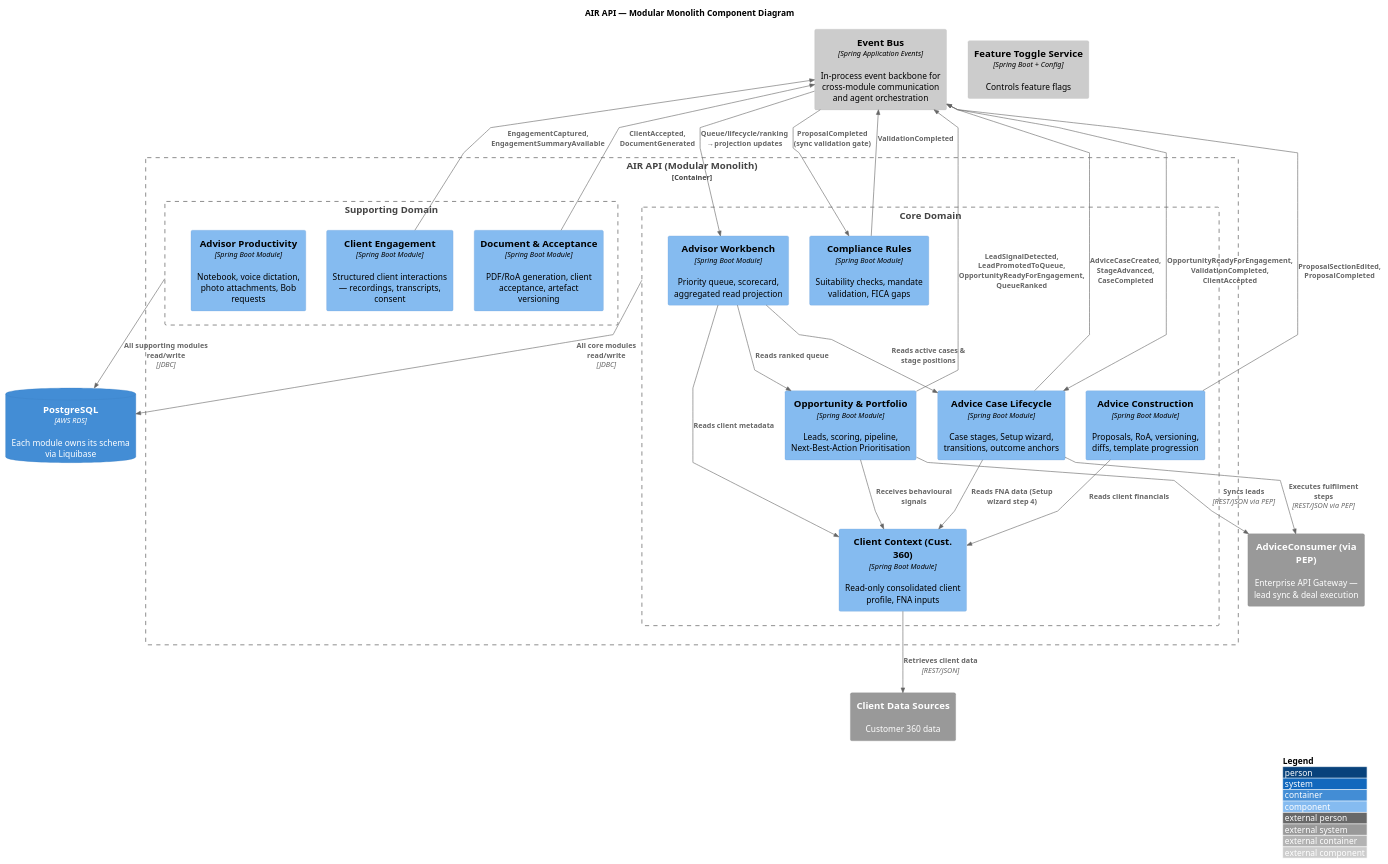
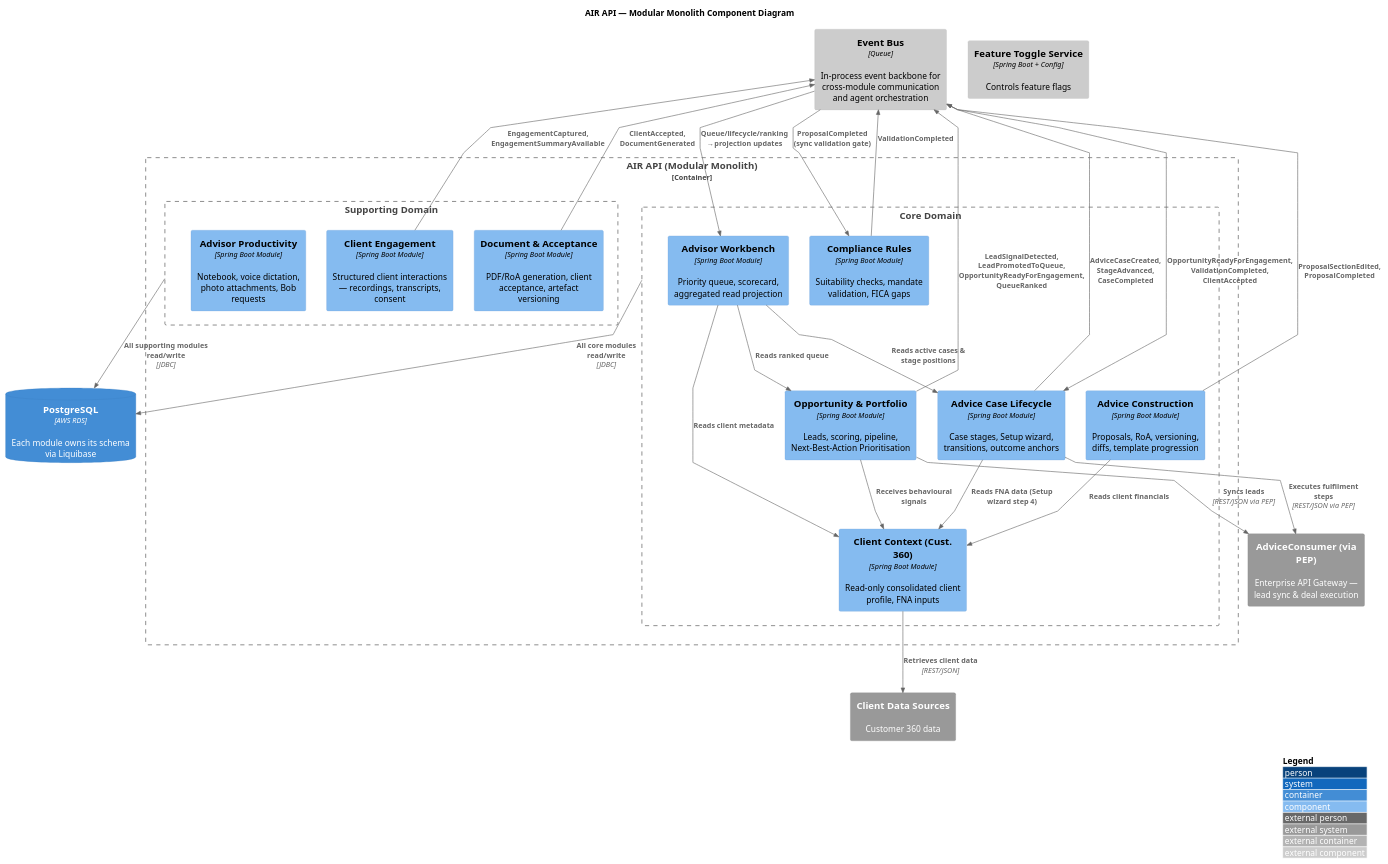
Before and after one commit to ChrisLangsfordEn/obsidian-vault: the diagram in 03-Projects/AIR/SAD/Diagrams/Component - API.md, drawn with PlantUML. The commit also changed 2 other files, not shown here.

Commit message:
vault backup: 2026-05-25 15:28:20

````diff
--- a/03-Projects/AIR/SAD/Diagrams/Component - API.md
+++ b/03-Projects/AIR/SAD/Diagrams/Component - API.md
@@ -1,71 +1,71 @@
 ```plantuml
 @startuml AIR_API_Components
 !include https://raw.githubusercontent.com/plantuml-stdlib/C4-PlantUML/master/C4_Component.puml
 
 LAYOUT_WITH_LEGEND()
 
 skinparam linetype polyline
 
 title AIR API — Modular Monolith Component Diagram
 
 ' === Cross-cutting (top, outside boundary) ===
 Component_Ext(featureToggles, "Feature Toggle Service", "Spring Boot + Config", "Controls feature flags")
-Component_Ext(eventBus, "Event Bus", "Spring Application Events", "In-process event backbone for cross-module communication and agent orchestration")
+Component_Ext(eventBus, "Event Bus", "Queue", "In-process event backbone for cross-module communication and agent orchestration")
 
 Container_Boundary(api, "AIR API (Modular Monolith)") {
 
     ' === Core Domain Modules ===
     Boundary(core, "Core Domain") {
         Component(workbenchModule,   "Advisor Workbench",         "Spring Boot Module", "Priority queue, scorecard, aggregated read projection")
         Component(opportunityModule, "Opportunity & Portfolio",   "Spring Boot Module", "Leads, scoring, pipeline, Next-Best-Action Prioritisation")
         Component(clientModule,      "Client Context (Cust. 360)","Spring Boot Module", "Read-only consolidated client profile, FNA inputs")
         Component(lifecycleModule,   "Advice Case Lifecycle",     "Spring Boot Module", "Case stages, Setup wizard, transitions, outcome anchors")
         Component(proposalModule,    "Advice Construction",       "Spring Boot Module", "Proposals, RoA, versioning, diffs, template progression")
         Component(rulesModule,       "Compliance Rules",          "Spring Boot Module", "Suitability checks, mandate validation, FICA gaps")
     }
 
     ' === Supporting Domain Modules ===
     Boundary(supporting, "Supporting Domain") {
         Component(engagementModule,  "Client Engagement",         "Spring Boot Module", "Structured client interactions — recordings, transcripts, consent")
         Component(documentModule,    "Document & Acceptance",     "Spring Boot Module", "PDF/RoA generation, client acceptance, artefact versioning")
         Component(productivityModule,"Advisor Productivity",      "Spring Boot Module", "Notebook, voice dictation, photo attachments, Bob requests")
     }
 }
 
 ' === External Systems ===
 ContainerDb(db,          "PostgreSQL",              "AWS RDS",  "Each module owns its schema via Liquibase")
 System_Ext(pep,          "AdviceConsumer (via PEP)", "Enterprise API Gateway — lead sync & deal execution")
 System_Ext(clientSystems,"Client Data Sources",     "Customer 360 data")
 
 ' ── Event Publishing (Modules → Bus) ──────────────────────────────────────
 Rel_Up(opportunityModule, eventBus, "LeadSignalDetected, LeadPromotedToQueue,\nOpportunityReadyForEngagement, QueueRanked")
 Rel_Up(lifecycleModule,   eventBus, "AdviceCaseCreated, StageAdvanced, CaseCompleted")
 Rel_Up(proposalModule,    eventBus, "ProposalSectionEdited, ProposalCompleted")
 Rel_Up(engagementModule,  eventBus, "EngagementCaptured, EngagementSummaryAvailable")
 Rel_Up(documentModule,    eventBus, "ClientAccepted, DocumentGenerated")
 Rel_Up(rulesModule,       eventBus, "ValidationCompleted")
 
 ' ── Event Consumption (Bus → Modules) ─────────────────────────────────────
 Rel_Down(eventBus, workbenchModule, "Queue/lifecycle/ranking → projection updates")
 Rel_Down(eventBus, lifecycleModule, "OpportunityReadyForEngagement,\nValidationCompleted, ClientAccepted")
 Rel_Down(eventBus, rulesModule,     "ProposalCompleted (sync validation gate)")
 
 ' ── Direct Module Reads ────────────────────────────────────────────────────
 Rel(workbenchModule,  opportunityModule, "Reads ranked queue")
 Rel(workbenchModule,  lifecycleModule,   "Reads active cases & stage positions")
 Rel(workbenchModule,  clientModule,      "Reads client metadata")
 Rel(lifecycleModule,  clientModule,      "Reads FNA data (Setup wizard step 4)")
 Rel(proposalModule,   clientModule,      "Reads client financials")
 Rel(opportunityModule,clientModule,      "Receives behavioural signals")
 
 ' ── External Integrations ──────────────────────────────────────────────────
 Rel(opportunityModule, pep,          "Syncs leads",             "REST/JSON via PEP")
 Rel(lifecycleModule,   pep,          "Executes fulfilment steps","REST/JSON via PEP")
 Rel(clientModule,      clientSystems,"Retrieves client data",   "REST/JSON")
 
 ' ── Database (one arrow per group, not per module) ────────────────────────
 Rel_Down(core,      db, "All core modules read/write", "JDBC")
 Rel_Down(supporting,db, "All supporting modules read/write", "JDBC")
 
 @enduml
 ```
````
